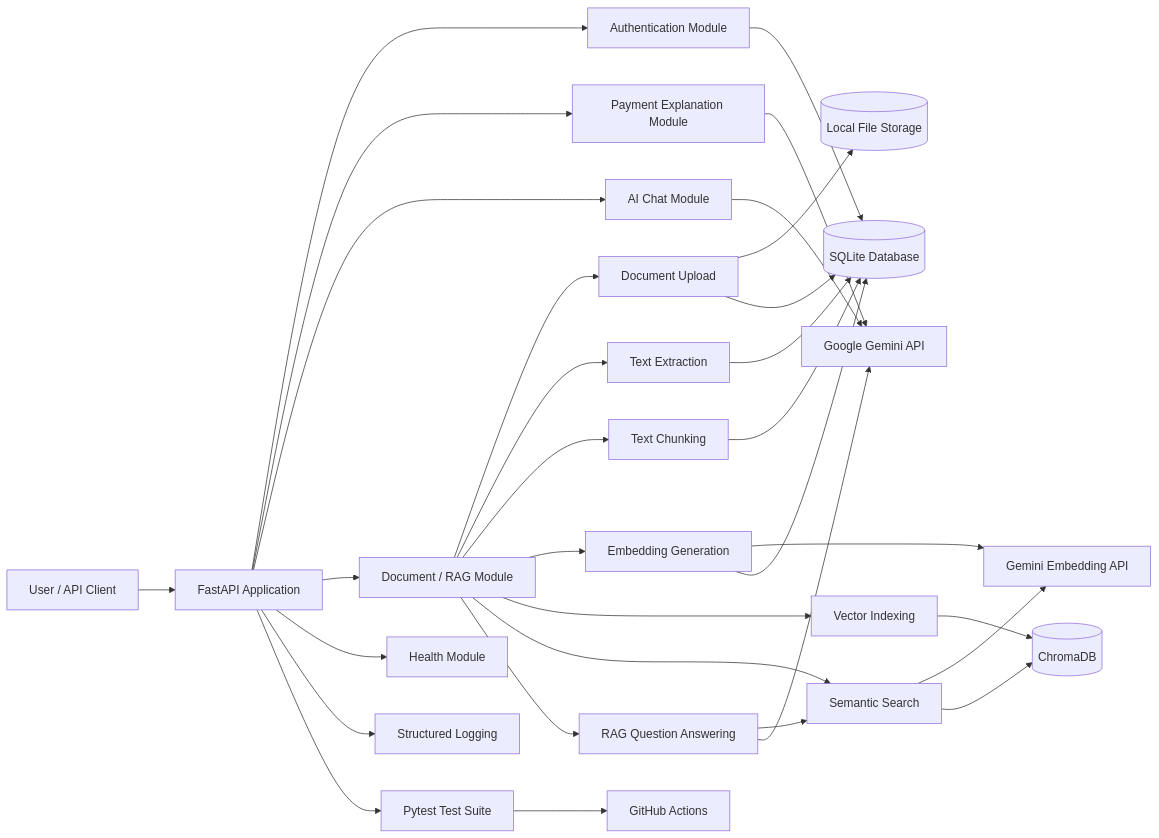
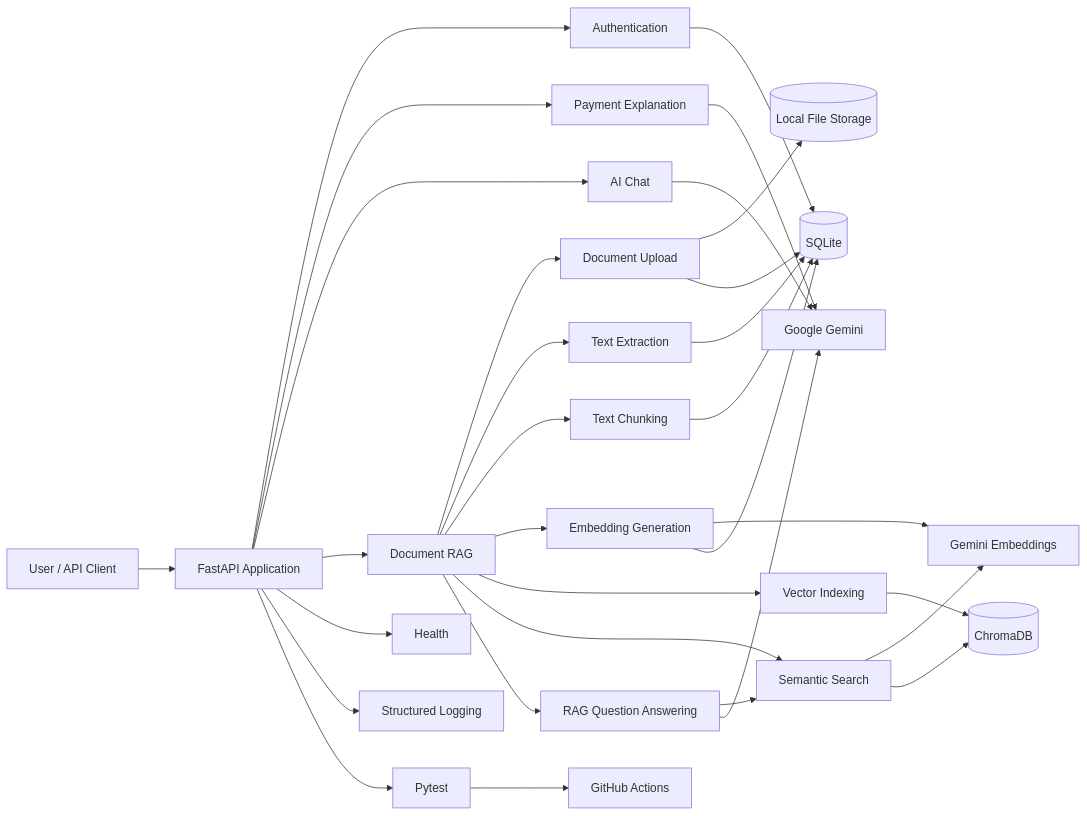
Before and after one commit to singhvirendra18gmailcom/Payments: the diagram in README.md, drawn with Mermaid.

Commit message:
#65 upgrade readme

````diff
--- a/README.md
+++ b/README.md
@@ -142,43 +140,45 @@
 ```mermaid
 flowchart LR
-    U[User / API Client] --> F[FastAPI Application]
 
-    F --> A[Authentication Module]
-    F --> P[Payment Explanation Module]
-    F --> C[AI Chat Module]
-    F --> D[Document / RAG Module]
-    F --> H[Health Module]
+    U["User / API Client"] --> F["FastAPI Application"]
 
-    A --> DB[(SQLite Database)]
-    P --> G[Google Gemini API]
+    F --> A["Authentication"]
+    F --> P["Payment Explanation"]
+    F --> C["AI Chat"]
+    F --> D["Document RAG"]
+    F --> H["Health"]
+
+    A --> DB[("SQLite")]
+
+    P --> G["Google Gemini"]
     C --> G
 
-    D --> UP[Document Upload]
-    UP --> FS[(Local File Storage)]
+    D --> UP["Document Upload"]
+    UP --> FS[("Local File Storage")]
     UP --> DB
 
-    D --> EX[Text Extraction]
+    D --> EX["Text Extraction"]
     EX --> DB
 
-    D --> CH[Text Chunking]
+    D --> CH["Text Chunking"]
     CH --> DB
 
-    D --> EM[Embedding Generation]
-    EM --> GE[Gemini Embedding API]
+    D --> EM["Embedding Generation"]
+    EM --> GE["Gemini Embeddings"]
     EM --> DB
 
-    D --> VS[Vector Indexing]
-    VS --> VDB[(ChromaDB)]
+    D --> VS["Vector Indexing"]
+    VS --> VDB[("ChromaDB")]
 
-    D --> SS[Semantic Search]
+    D --> SS["Semantic Search"]
     SS --> GE
     SS --> VDB
 
-    D --> RAG[RAG Question Answering]
+    D --> RAG["RAG Question Answering"]
     RAG --> SS
     RAG --> G
 
-    F --> L[Structured Logging]
-    F --> T[Pytest Test Suite]
-    T --> CI[GitHub Actions]
+    F --> L["Structured Logging"]
+    F --> T["Pytest"]
+    T --> CI["GitHub Actions"]
 ```
````
